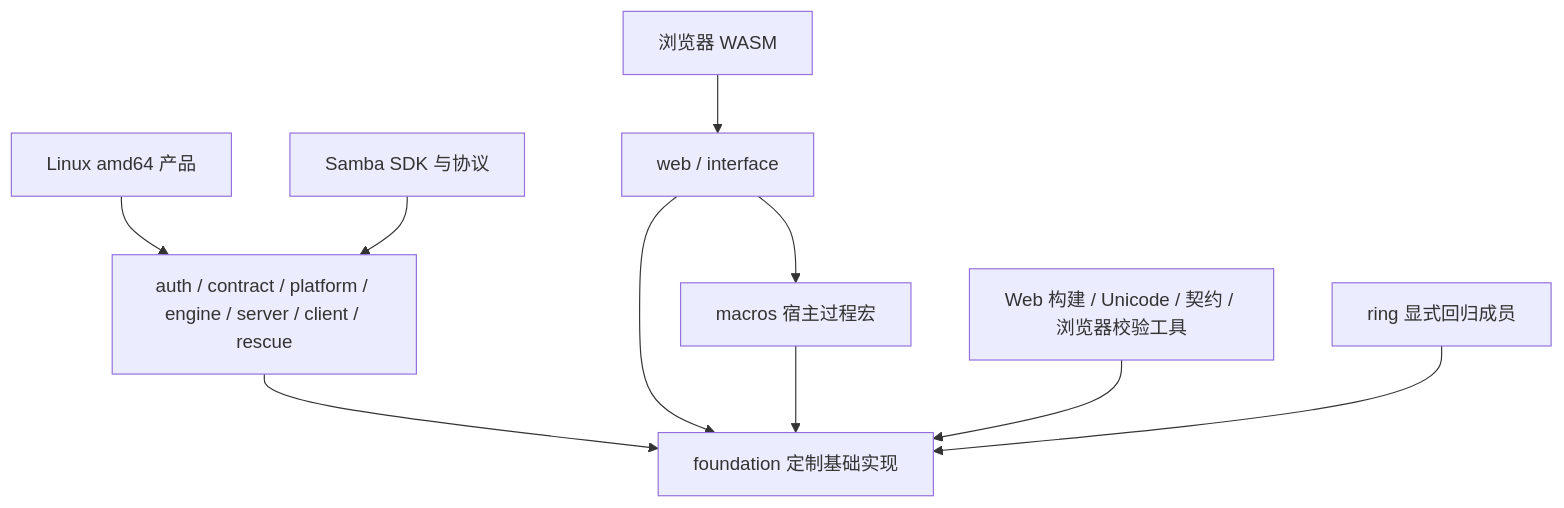
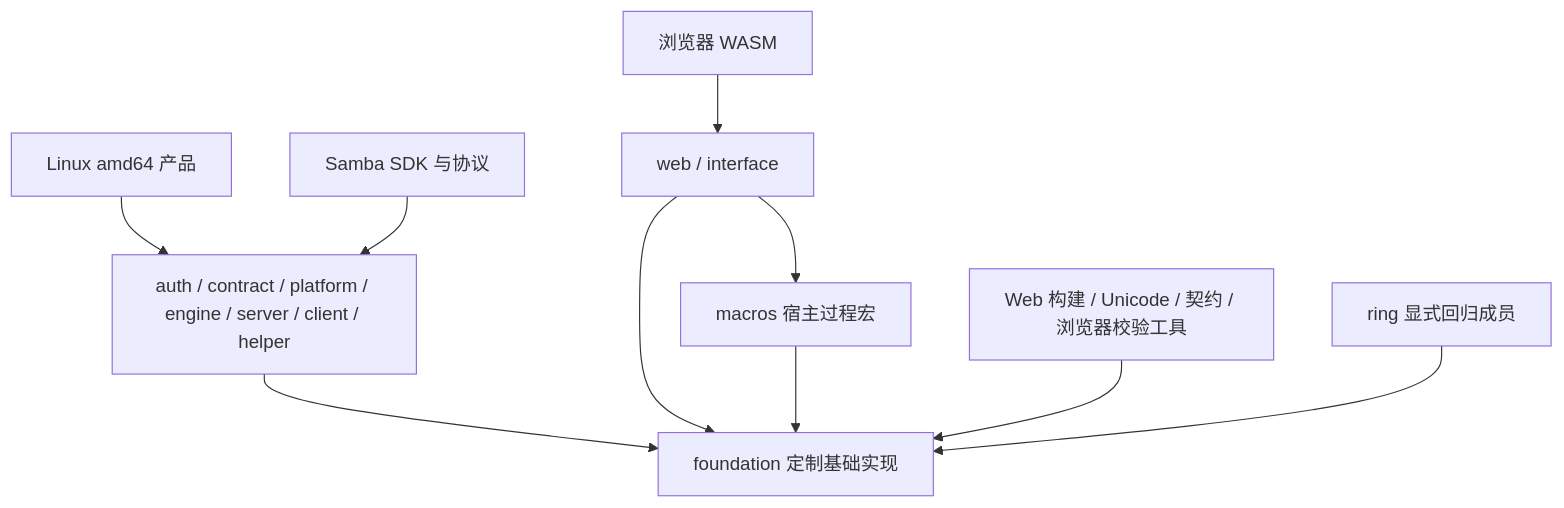
The diagram in docs/architecture/foundation-consumers.md (isarmg/zxs), drawn with Mermaid before and after one commit. The commit also changed other lines of this file and 113 other files, not shown here.

````diff
--- a/docs/architecture/foundation-consumers.md
+++ b/docs/architecture/foundation-consumers.md
@@ -7,12 +7,12 @@
 ```mermaid
 flowchart TD
-  native[Linux amd64 产品] --> storage[auth / contract / platform / engine / server / client / rescue]
+  native[Linux amd64 产品] --> storage[auth / contract / platform / engine / server / client / helper]
   smb[Samba SDK 与协议] --> storage
   browser[浏览器 WASM] --> web[web / interface]
   web --> macros[macros 宿主过程宏]
   storage --> foundation[foundation 定制基础实现]
   web --> foundation
   macros --> foundation
   tools[Web 构建 / Unicode / 契约 / 浏览器校验工具] --> foundation
   ring[ring 显式回归成员] --> foundation
 ```
````
